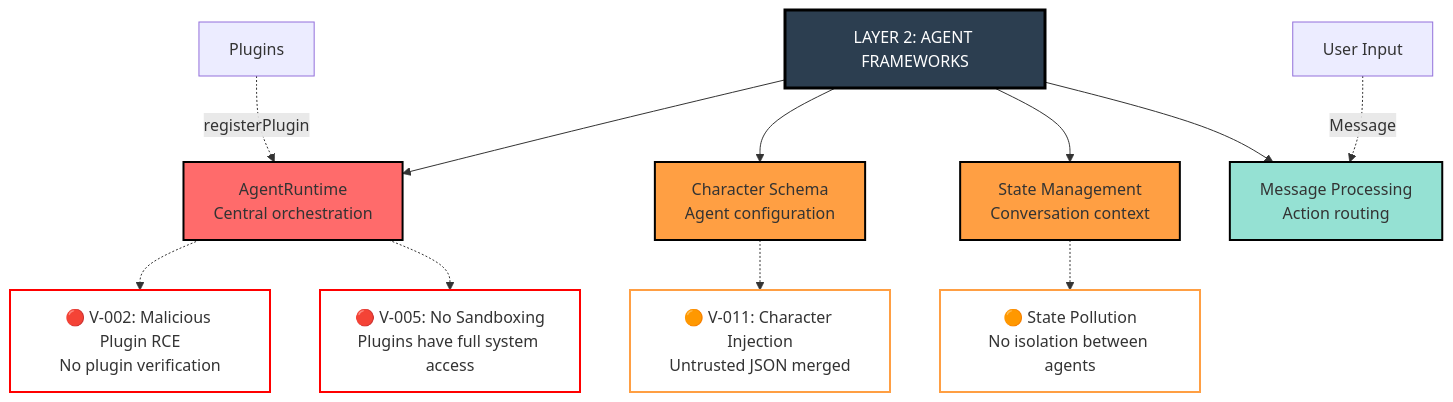
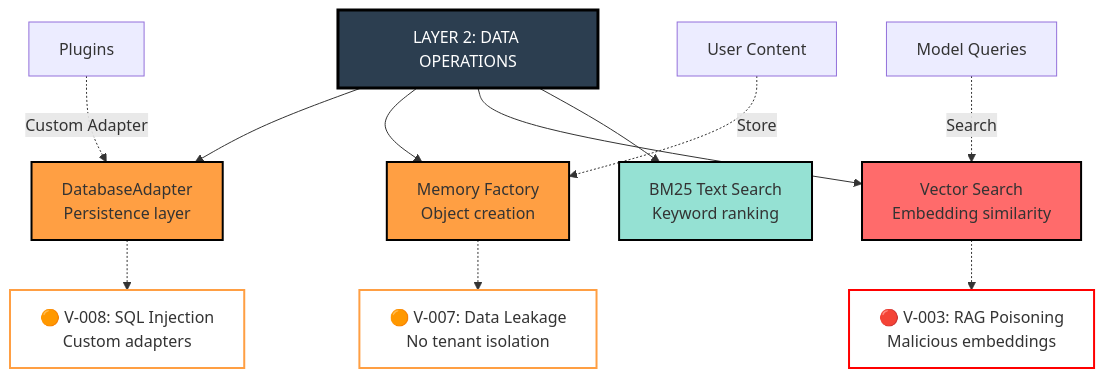
Before and after one commit to mondweep/agentic-ai-security-demo-rela8group-ciso-london-summit: the fourth of 11 diagrams in presentation/assets/maestro-framework-visual.md, drawn with Mermaid. The commit also changed other lines of this file and 16 other files, not shown here.

````diff
--- a/presentation/assets/maestro-framework-visual.md
+++ b/presentation/assets/maestro-framework-visual.md
@@ -163,27 +166,26 @@
 ```mermaid
 graph TD
-    L2[LAYER 2: AGENT FRAMEWORKS]
+    L2[LAYER 2: DATA OPERATIONS]
 
-    L2 --> C1[AgentRuntime<br/>Central orchestration]
-    L2 --> C2[Character Schema<br/>Agent configuration]
-    L2 --> C3[State Management<br/>Conversation context]
-    L2 --> C4[Message Processing<br/>Action routing]
+    L2 --> C1[DatabaseAdapter<br/>Persistence layer]
+    L2 --> C2[Memory Factory<br/>Object creation]
+    L2 --> C3[Vector Search<br/>Embedding similarity]
+    L2 --> C4[BM25 Text Search<br/>Keyword ranking]
 
-    C1 -.-> V1["🔴 V-002: Malicious Plugin RCE<br/>No plugin verification"]
-    C1 -.-> V2["🔴 V-005: No Sandboxing<br/>Plugins have full system access"]
-    C2 -.-> V3["🟠 V-011: Character Injection<br/>Untrusted JSON merged"]
-    C3 -.-> V4["🟠 State Pollution<br/>No isolation between agents"]
+    C1 -.-> V1["🟠 V-008: SQL Injection<br/>Custom adapters"]
+    C2 -.-> V2["🟠 V-007: Data Leakage<br/>No tenant isolation"]
+    C3 -.-> V3["🔴 V-003: RAG Poisoning<br/>Malicious embeddings"]
 
-    P1[Plugins] -.->|"registerPlugin"| C1
-    U1[User Input] -.->|"Message"| C4
+    Plugins[Plugins] -.->|"Custom Adapter"| C1
+    User[User Content] -.->|"Store"| C2
+    Model[Model Queries] -.->|"Search"| C3
 
     style L2 fill:#2c3e50,stroke:#000,stroke-width:3px,color:#fff
-    style C1 fill:#ff6b6b,stroke:#000,stroke-width:2px
+    style C1 fill:#ff9f43,stroke:#000,stroke-width:2px
     style C2 fill:#ff9f43,stroke:#000,stroke-width:2px
-    style C3 fill:#ff9f43,stroke:#000,stroke-width:2px
+    style C3 fill:#ff6b6b,stroke:#000,stroke-width:2px
     style C4 fill:#95e1d3,stroke:#000,stroke-width:2px
-    style V1 fill:#fff,stroke:#ff0000,stroke-width:2px
-    style V2 fill:#fff,stroke:#ff0000,stroke-width:2px
-    style V3 fill:#fff,stroke:#ff9f43,stroke-width:2px
-    style V4 fill:#fff,stroke:#ff9f43,stroke-width:2px
+    style V1 fill:#fff,stroke:#ff9f43,stroke-width:2px
+    style V2 fill:#fff,stroke:#ff9f43,stroke-width:2px
+    style V3 fill:#fff,stroke:#ff0000,stroke-width:2px
 ```
````
